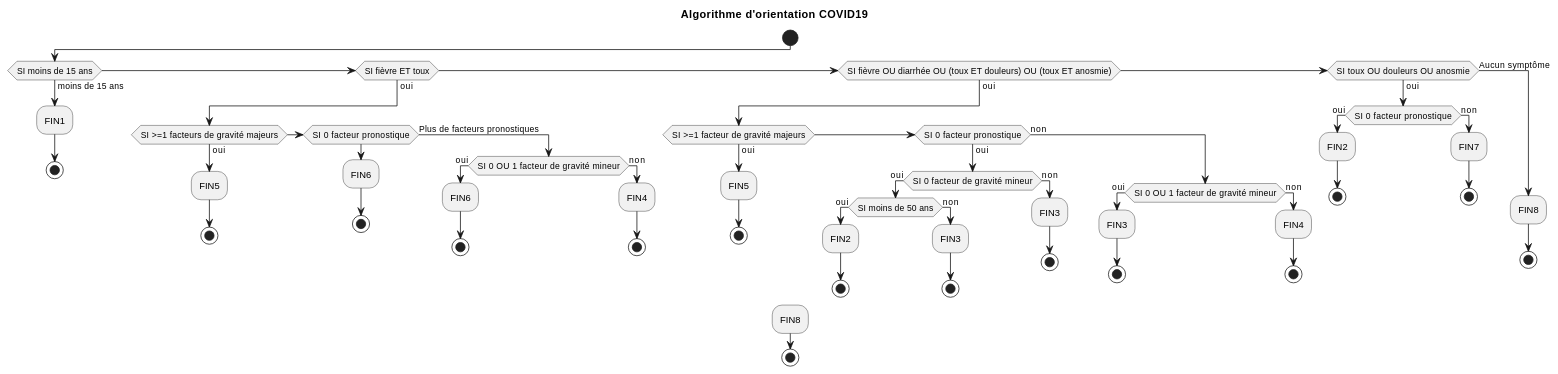
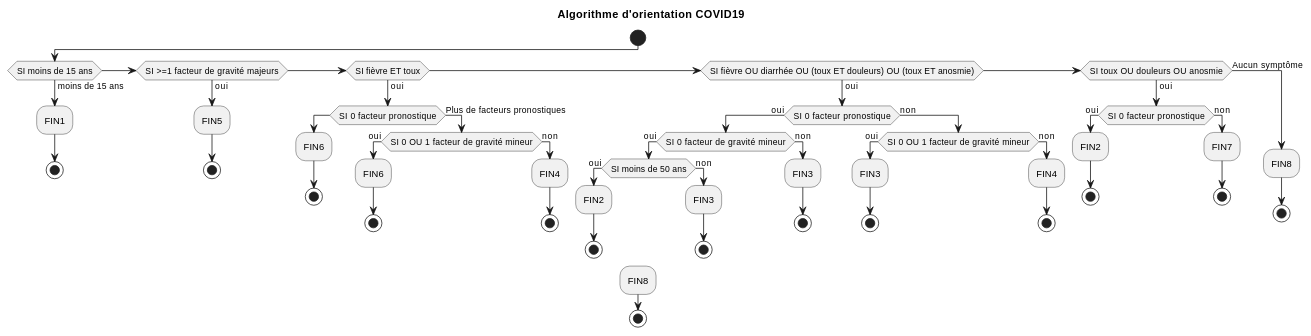
One commit to bzg/covid19-algorithme-orientation changed the diagram in diagramme.org. Above: the diagram before and after it, drawn with PlantUML. The commit also changed 1 other file, not shown here.

Commit message:
Update diagram

```diff
--- a/diagramme.org
+++ b/diagramme.org
@@ -1,73 +1,71 @@
 #+begin_src plantuml :file diagramme-algorithme-orientation-covid19.png
 @startuml
 title Algorithme d'orientation COVID19
 
 start
 
 if (SI moins de 15 ans) then (moins de 15 ans)
    :FIN1;
    stop
 
+elseif (SI >=1 facteur de gravité majeurs) then (oui)
+   :FIN5;
+   stop
+
 elseif (SI fièvre ET toux) then (oui)
-       if (SI >=1 facteurs de gravité majeurs) then (oui)
-          :FIN5;
-          stop
-       elseif (SI 0 facteur pronostique) then 
+       if (SI 0 facteur pronostique) then 
           :FIN6;
           stop
        else (Plus de facteurs pronostiques)
           if (SI 0 OU 1 facteur de gravité mineur) then (oui)
              :FIN6;
              stop
           else (non)
              :FIN4;
              stop
           endif
        endif
 
 elseif (SI fièvre OU diarrhée OU (toux ET douleurs) OU (toux ET anosmie)) then (oui)
-       if (SI >=1 facteur de gravité majeurs) then (oui)
-          :FIN5;
-          stop
-       elseif (SI 0 facteur pronostique) then (oui)
+       if (SI 0 facteur pronostique) then (oui)
            if (SI 0 facteur de gravité mineur) then (oui)
               if (SI moins de 50 ans) then (oui)
                  :FIN2;
                  stop;
               else (non)
                  :FIN3;
                  stop;
               endif
            else (non)
               :FIN3;
               stop;
            endif
         else (non)
            if (SI 0 OU 1 facteur de gravité mineur) then (oui)
               :FIN3;
               stop
            else (non)
               :FIN4;
               stop
            endif
         endif
 
 elseif (SI toux OU douleurs OU anosmie) then (oui)
        if (SI 0 facteur pronostique) then (oui)
           :FIN2;
           stop
        else (non)
           :FIN7;
           stop
        endif
 
 else (Aucun symptôme)
      :FIN8;
      stop
 endif
 
 :FIN8;
 stop
 
 @enduml
 #+end_src
```
